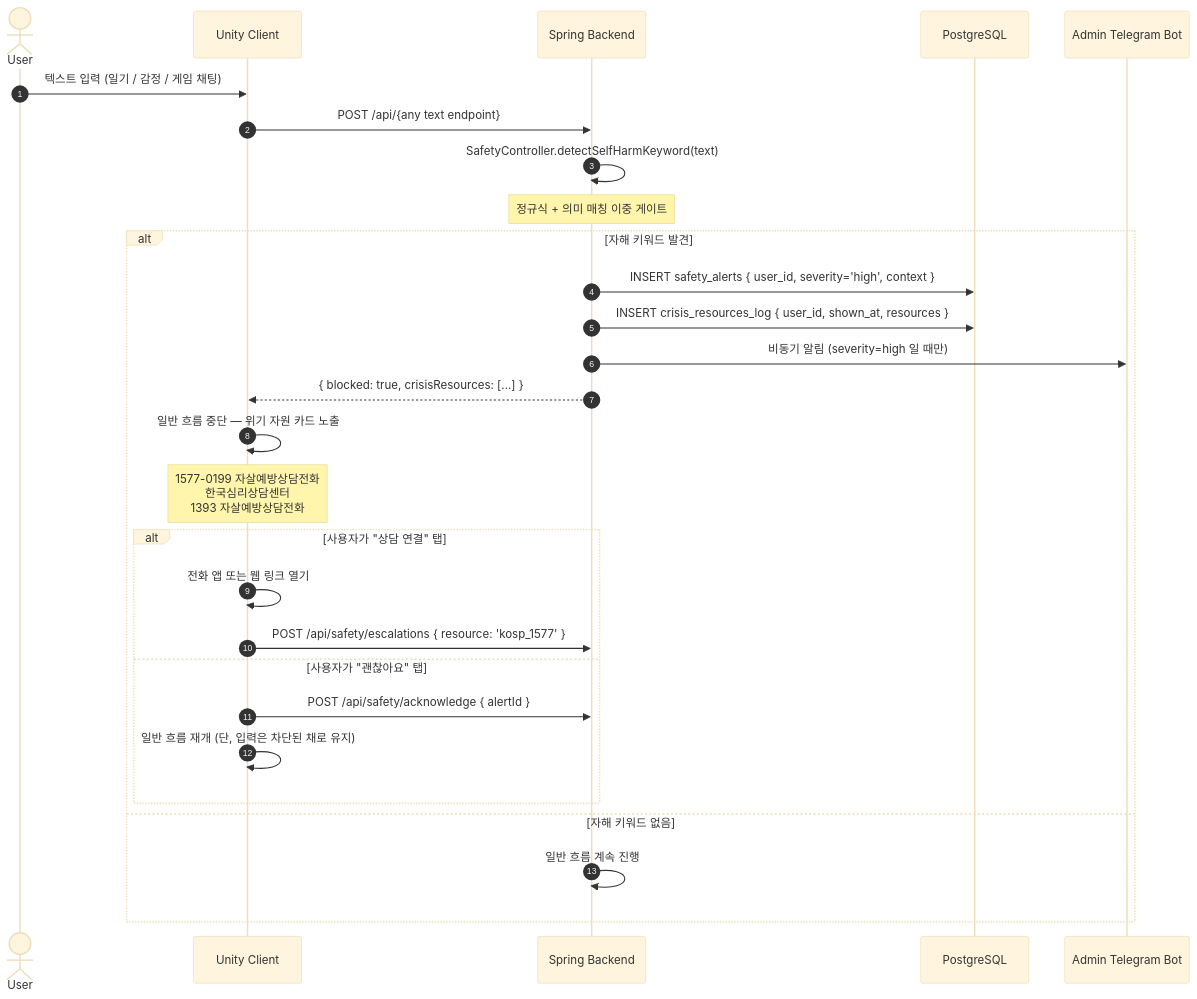
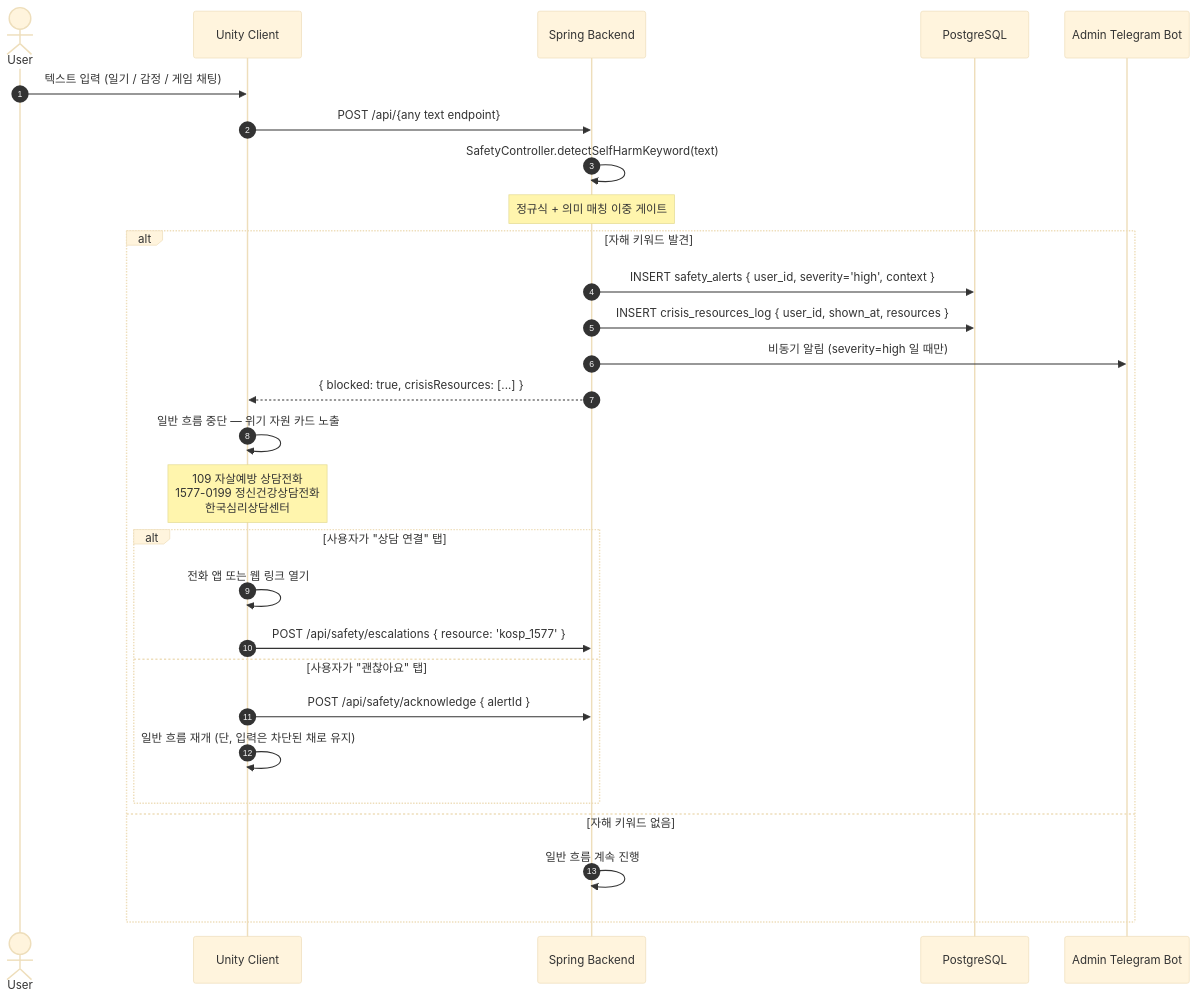
The fourth of 7 diagrams in docs/SEQUENCE-DIAGRAMS.md (MyoungSoo7/lemuel-xr), drawn with Mermaid (base theme) before and after one commit. The commit also changed 66 other files, not shown here.

````diff
--- a/docs/SEQUENCE-DIAGRAMS.md
+++ b/docs/SEQUENCE-DIAGRAMS.md
@@ -220,31 +220,31 @@
 ```mermaid
 sequenceDiagram
     autonumber
     actor User
     participant UC as Unity Client
     participant API as Spring Backend
     participant DB as PostgreSQL
     participant Admin as Admin Telegram Bot
 
     User->>UC: 텍스트 입력 (일기 / 감정 / 게임 채팅)
     UC->>API: POST /api/{any text endpoint}
     API->>API: SafetyController.detectSelfHarmKeyword(text)
     Note over API: 정규식 + 의미 매칭 이중 게이트
     alt 자해 키워드 발견
         API->>DB: INSERT safety_alerts { user_id, severity='high', context }
         API->>DB: INSERT crisis_resources_log { user_id, shown_at, resources }
         API->>Admin: 비동기 알림 (severity=high 일 때만)
         API-->>UC: { blocked: true, crisisResources: [...] }
         UC->>UC: 일반 흐름 중단 — 위기 자원 카드 노출
-        Note over UC: 1577-0199 자살예방상담전화<br/>한국심리상담센터<br/>1393 자살예방상담전화
+        Note over UC: 109 자살예방 상담전화<br/>1577-0199 정신건강상담전화<br/>한국심리상담센터
         alt 사용자가 "상담 연결" 탭
             UC->>UC: 전화 앱 또는 웹 링크 열기
             UC->>API: POST /api/safety/escalations { resource: 'kosp_1577' }
         else 사용자가 "괜찮아요" 탭
             UC->>API: POST /api/safety/acknowledge { alertId }
             UC->>UC: 일반 흐름 재개 (단, 입력은 차단된 채로 유지)
         end
     else 자해 키워드 없음
         API->>API: 일반 흐름 계속 진행
     end
 ```
````
